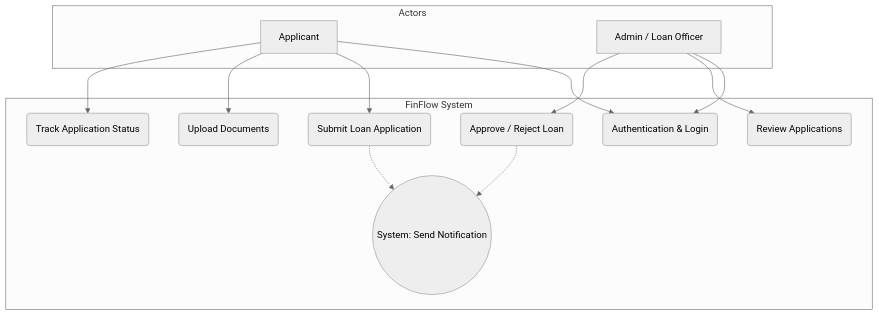
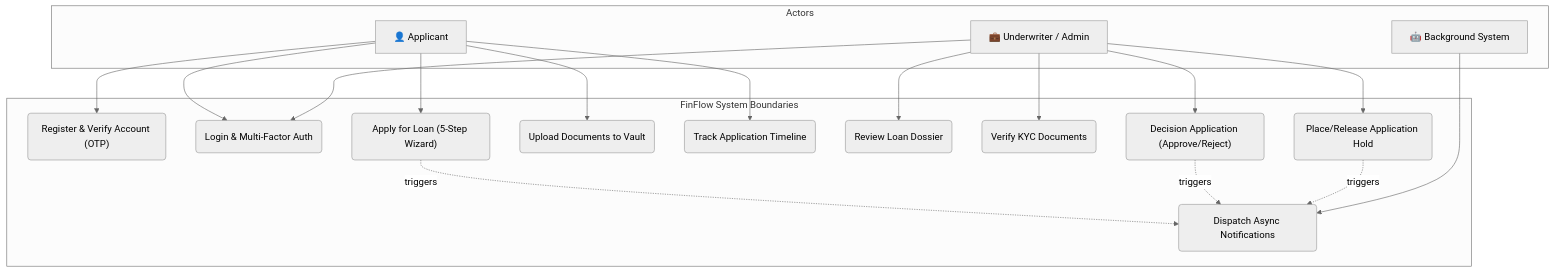
Before and after one commit to durgaaprasadch/FinFlow: the first of 5 diagrams in docs/DESIGN_DIAGRAMS.md, drawn with Mermaid (neutral theme). The commit also changed other lines of this file and 2 other files, not shown here.

````diff
--- a/docs/DESIGN_DIAGRAMS.md
+++ b/docs/DESIGN_DIAGRAMS.md
@@ -10,29 +10,40 @@
 ```mermaid
 graph TD
     subgraph Actors
-        A[Applicant]
-        AD[Admin / Loan Officer]
+        A["👤 Applicant"]
+        AD["💼 Underwriter / Admin"]
+        SYS["🤖 Background System"]
     end
 
-    subgraph "FinFlow System"
-        UC_Auth(Authentication & Login)
-        UC_Submit(Submit Loan Application)
-        UC_Upload(Upload Documents)
-        UC_Track(Track Application Status)
-        UC_Review(Review Applications)
-        UC_Decision(Approve / Reject Loan)
-        UC_Notify((System: Send Notification))
+    subgraph "FinFlow System Boundaries"
+        UC_Register("Register & Verify Account (OTP)")
+        UC_Login("Login & Multi-Factor Auth")
+        UC_Apply("Apply for Loan (5-Step Wizard)")
+        UC_Upload("Upload Documents to Vault")
+        UC_Track("Track Application Timeline")
+        
+        UC_Review("Review Loan Dossier")
+        UC_Verify("Verify KYC Documents")
+        UC_Decision("Decision Application (Approve/Reject)")
+        UC_Hold("Place/Release Application Hold")
+        
+        UC_Notify("Dispatch Async Notifications")
     end
 
-    A --> UC_Auth
-    A --> UC_Submit
+    A --> UC_Register
+    A --> UC_Login
+    A --> UC_Apply
     A --> UC_Upload
     A --> UC_Track
 
-    AD --> UC_Auth
+    AD --> UC_Login
     AD --> UC_Review
+    AD --> UC_Verify
     AD --> UC_Decision
+    AD --> UC_Hold
 
-    UC_Submit -.-> UC_Notify
-    UC_Decision -.-> UC_Notify
+    UC_Apply -.->|triggers| UC_Notify
+    UC_Decision -.->|triggers| UC_Notify
+    UC_Hold -.->|triggers| UC_Notify
+    SYS --> UC_Notify
 ```
````
